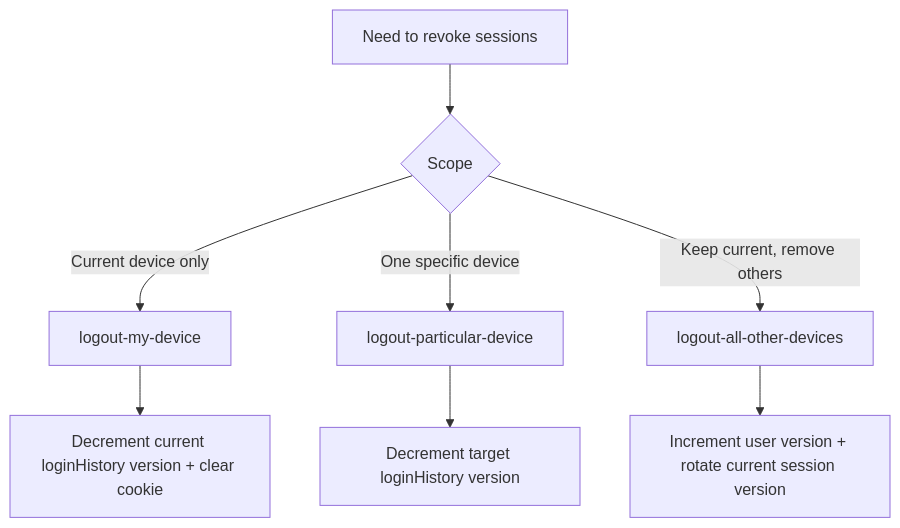
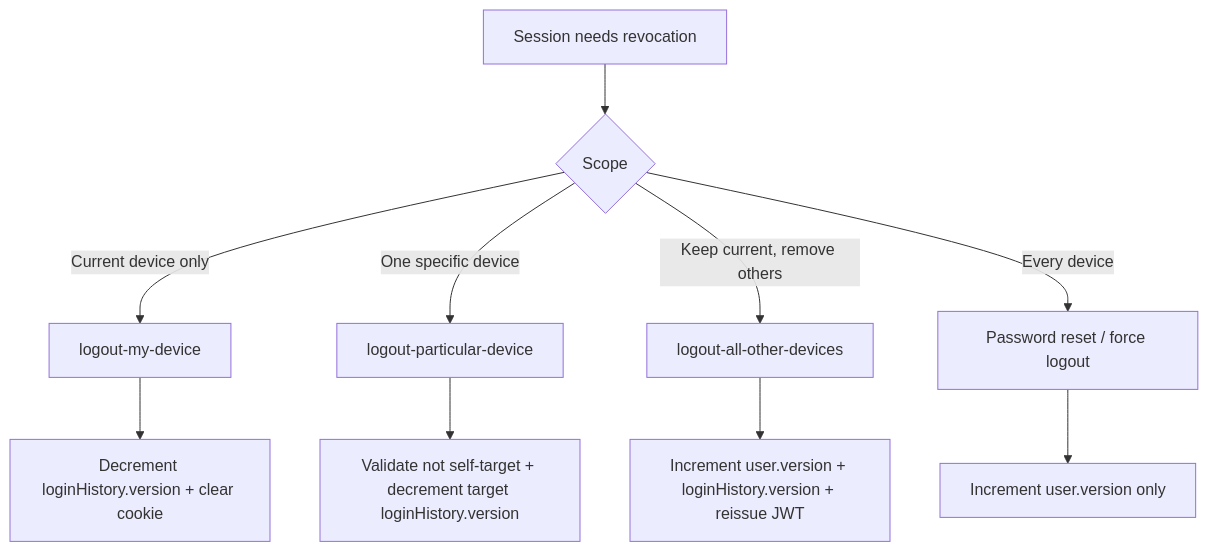
One commit to IamDevTrivedi/Trimium changed the eighth of 10 diagrams in docs/architecture/AUTHENTICATION_AND_SESSION_MANAGEMENT_ARCHITECTURE.md. Above: the diagram before and after it, drawn with Mermaid. The commit also changed other lines of this file and 5 other files, not shown here.

````diff
--- a/docs/architecture/AUTHENTICATION_AND_SESSION_MANAGEMENT_ARCHITECTURE.md
+++ b/docs/architecture/AUTHENTICATION_AND_SESSION_MANAGEMENT_ARCHITECTURE.md
@@ -230,12 +354,14 @@
 ```mermaid
 flowchart TD
-    A[Need to revoke sessions] --> B{Scope}
+    A[Session needs revocation] --> B{Scope}
 
     B -- Current device only --> C[logout-my-device]
     B -- One specific device --> D[logout-particular-device]
     B -- Keep current, remove others --> E[logout-all-other-devices]
+    B -- Every device --> F[Password reset / force logout]
 
-    C --> C1[Decrement current loginHistory version + clear cookie]
-    D --> D1[Decrement target loginHistory version]
-    E --> E1[Increment user version + rotate current session version]
+    C --> C1[Decrement loginHistory.version + clear cookie]
+    D --> D1[Validate not self-target + decrement target loginHistory.version]
+    E --> E1[Increment user.version + loginHistory.version + reissue JWT]
+    F --> F1[Increment user.version only]
 ```
````
